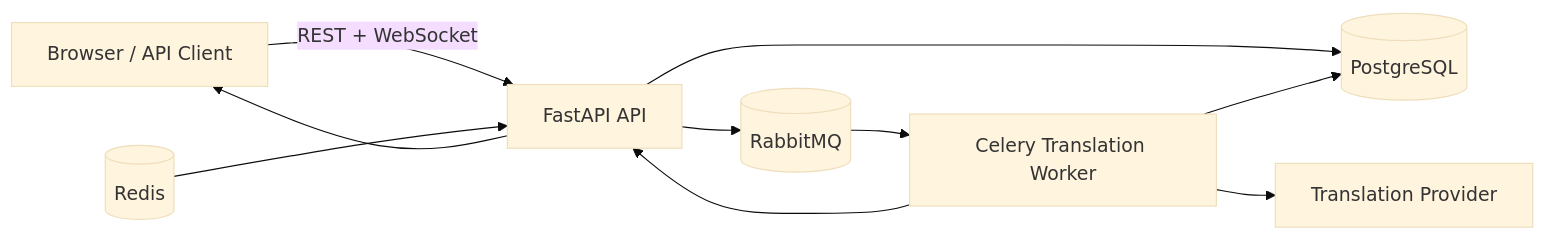
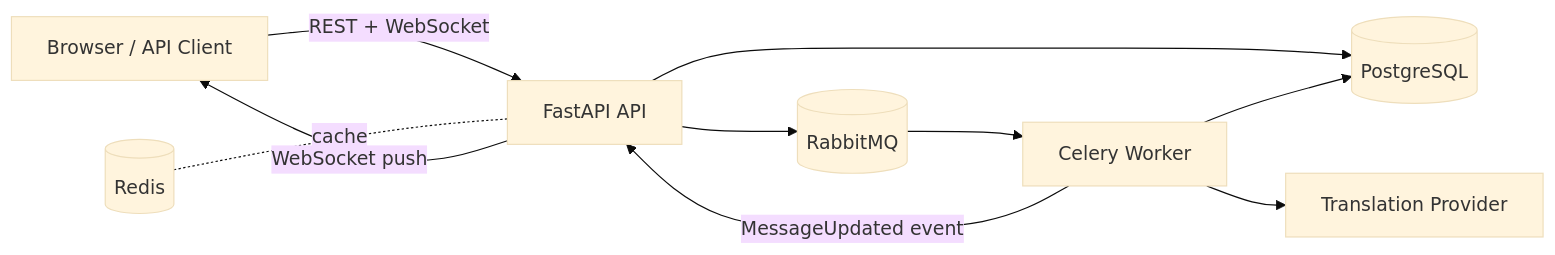
Before and after one commit to dohtem81/prism: the diagram in docs/architecture-overview.md, drawn with Mermaid (base theme). The commit also changed other lines of this file and 5 other files, not shown here.

Commit message:
Add Mermaid diagrams, clean up all docs, add contributing section

````diff
--- a/docs/architecture-overview.md
+++ b/docs/architecture-overview.md
@@ -13,12 +15,12 @@
 ```mermaid
 flowchart LR
   Client[Browser / API Client] -->|REST + WebSocket| API[FastAPI API]
-  API --> Postgres[(PostgreSQL)]
-  API --> RabbitMQ[(RabbitMQ)]
-  RabbitMQ --> Worker[Celery Translation Worker]
+  API --> PG[(PostgreSQL)]
+  API --> MQ[(RabbitMQ)]
+  MQ --> Worker[Celery Worker]
   Worker --> LLM[Translation Provider]
-  Worker --> Postgres
-  Worker --> API
-  API --> Client
-  Redis[(Redis)] --> API
+  Worker --> PG
+  Worker -->|MessageUpdated event| API
+  API -->|WebSocket push| Client
+  Redis[(Redis)] -.-|cache| API
 ```
````
